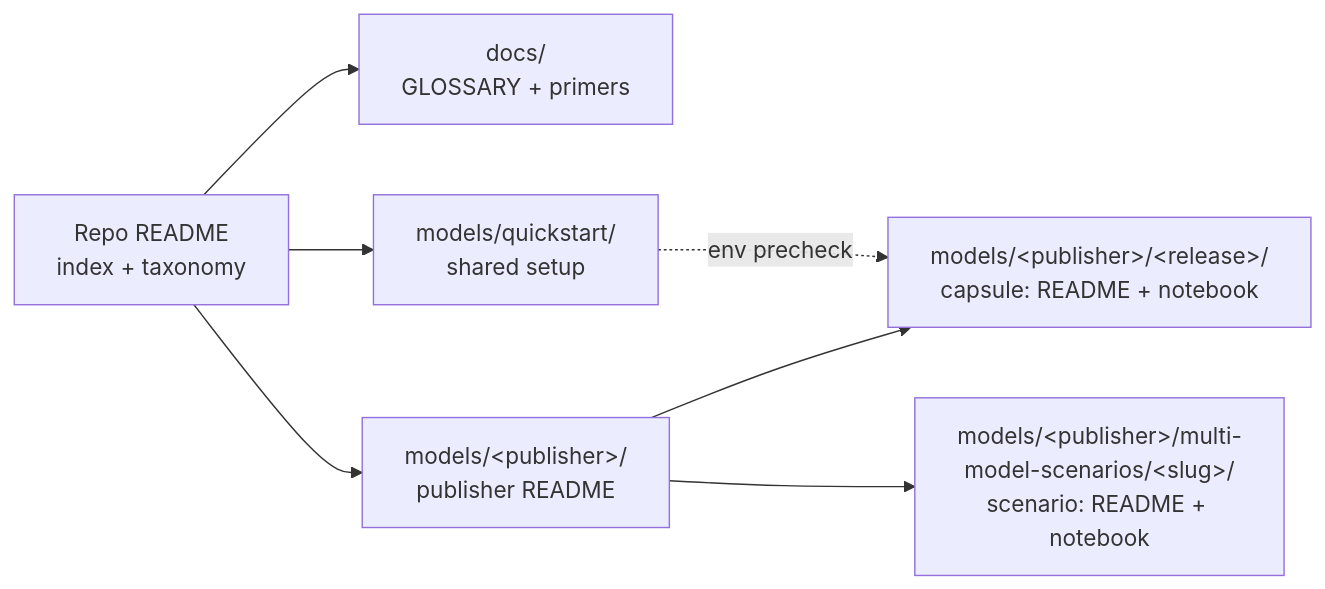
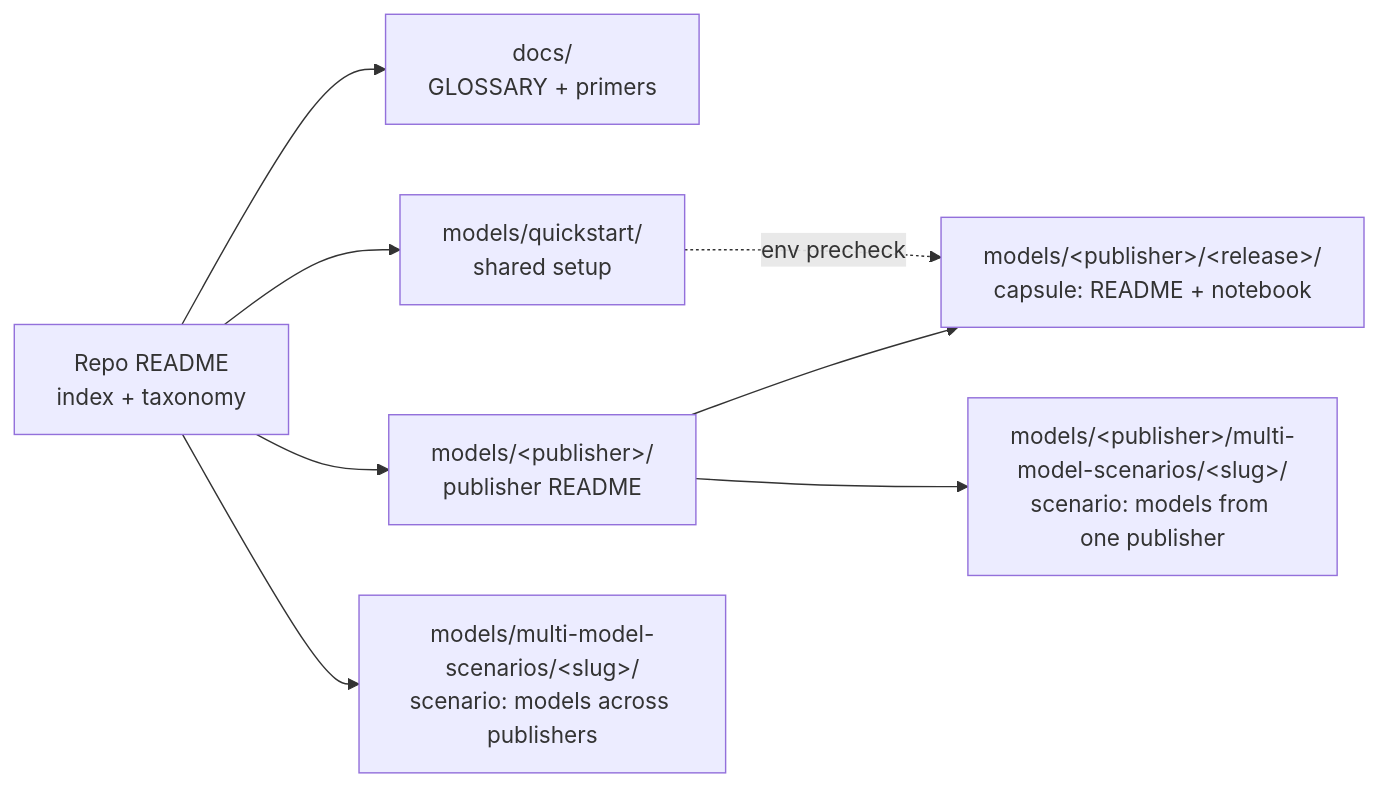
The first of 2 diagrams in docs/README.md (microsoft-foundry/model-releases), drawn with Mermaid before and after one commit. The commit also changed other lines of this file and 4 other files, not shown here.

First line of the commit message:
Document both multi-model-scenario locations, and enforce the difference

````diff
--- a/docs/README.md
+++ b/docs/README.md
@@ -26,9 +28,10 @@
 ```mermaid
 flowchart LR
     R[Repo README<br/>index + taxonomy] --> D[docs/<br/>GLOSSARY + primers]
     R --> Q[models/quickstart/<br/>shared setup]
     R --> F[models/&lt;publisher&gt;/<br/>publisher README]
     F --> C[models/&lt;publisher&gt;/&lt;release&gt;/<br/>capsule: README + notebook]
-    F --> S[models/&lt;publisher&gt;/multi-model-scenarios/&lt;slug&gt;/<br/>scenario: README + notebook]
+    F --> S[models/&lt;publisher&gt;/multi-model-scenarios/&lt;slug&gt;/<br/>scenario: models from one publisher]
+    R --> X[models/multi-model-scenarios/&lt;slug&gt;/<br/>scenario: models across publishers]
     Q -.env precheck.-> C
 ```
````
